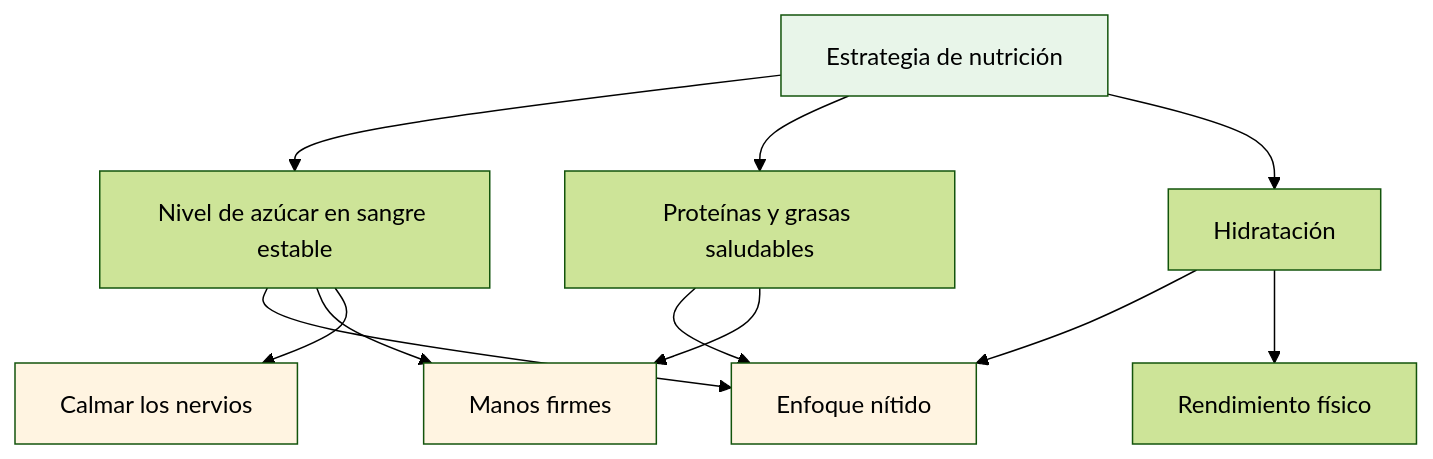
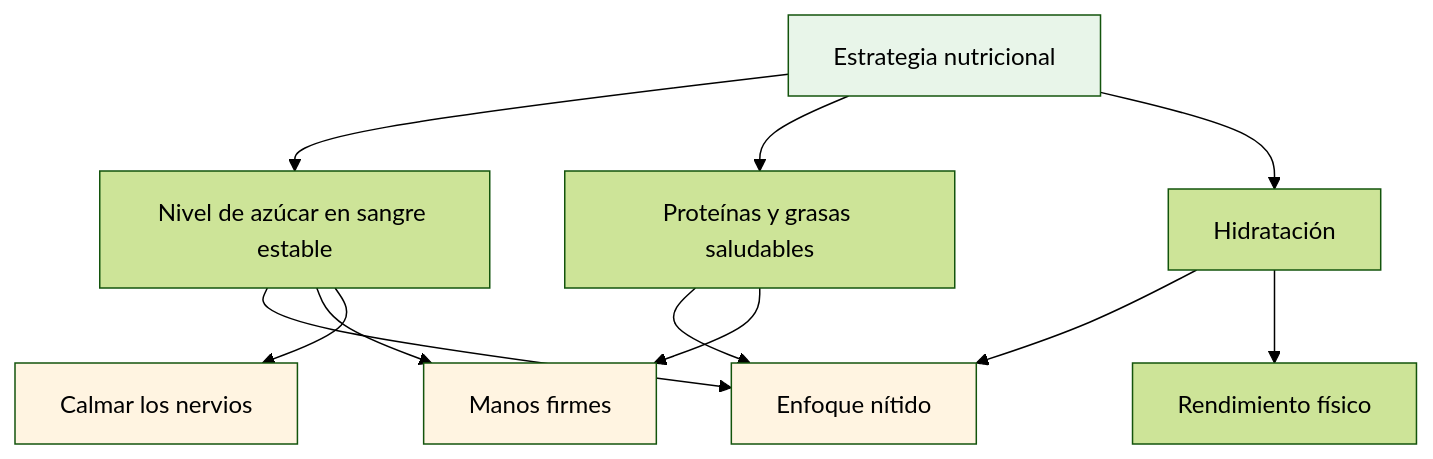
One commit to patwii/petanque-academy changed the first of 3 diagrams in docs/es/food.md. Above: the diagram before and after it, drawn with Mermaid (forest theme). The commit also changed other lines of this file and 32 other files, not shown here.

````diff
--- a/docs/es/food.md
+++ b/docs/es/food.md
@@ -13,21 +13,21 @@
 ```mermaid
 graph TD
-    A[Estrategia de nutrición] --> B[Nivel de azúcar en sangre estable]
+    A[Estrategia nutricional] --> B[Nivel de azúcar en sangre estable]
     A --> C[Proteínas y grasas saludables]
     A --> D[Hidratación]
 
     B --> E[Enfoque nítido]
     B --> F[Manos firmes]
     B --> G[Calmar los nervios]
 
     C --> E
     C --> F
 
     D --> E
     D --> H[Rendimiento físico]
 
     style A fill:#e8f5e9
     style E fill:#fff4e1
     style F fill:#fff4e1
     style G fill:#fff4e1
 ```
````
